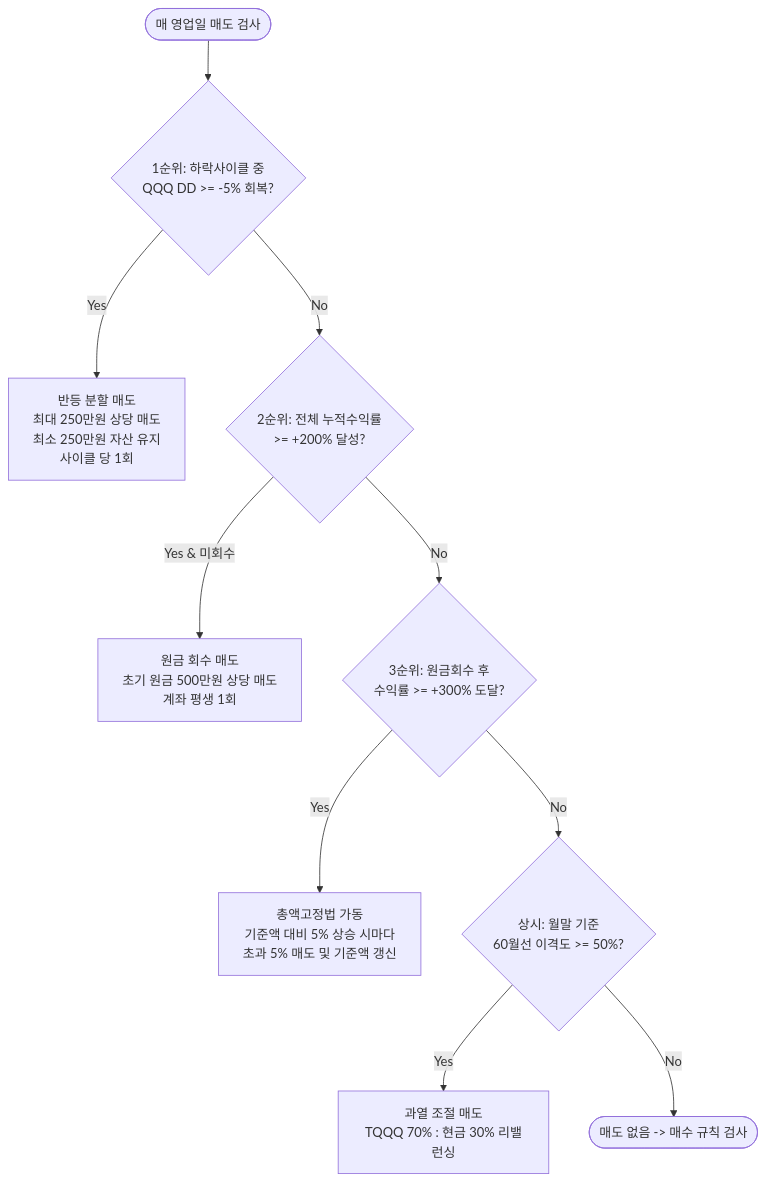
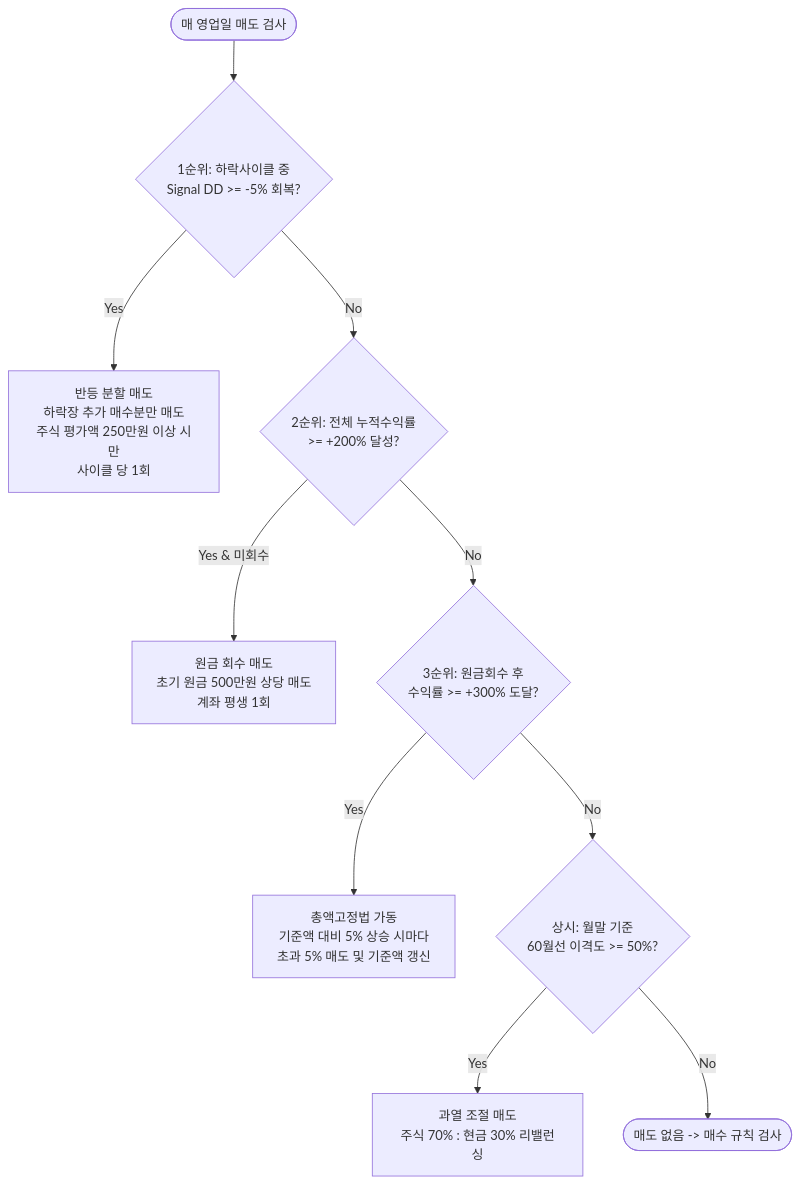
One commit to dokata823-gif/tqqq-quant-dashboard changed the second of 2 diagrams in qqq_tq_md.md. Above: the diagram before and after it, drawn with Mermaid. The commit also changed other lines of this file and 2 other files, not shown here.

Commit message:
feat: implement dual account management for TQQQ and SOXL with tab switching

````diff
--- a/qqq_tq_md.md
+++ b/qqq_tq_md.md
@@ -74,12 +76,12 @@
 ```mermaid
 flowchart TD
-    Start([매 영업일 매도 검사]) --> C1{1순위: 하락사이클 중<br/>QQQ DD >= -5% 회복?}
-    C1 -- Yes --> A1[반등 분할 매도<br/>최대 250만원 상당 매도<br/>최소 250만원 자산 유지<br/>사이클 당 1회]
+    Start([매 영업일 매도 검사]) --> C1{1순위: 하락사이클 중<br/>Signal DD >= -5% 회복?}
+    C1 -- Yes --> A1[반등 분할 매도<br/>하락장 추가 매수분만 매도<br/>주식 평가액 250만원 이상 시만<br/>사이클 당 1회]
     C1 -- No --> C2{2순위: 전체 누적수익률<br/>>= +200% 달성?}
     C2 -- Yes & 미회수 --> A2[원금 회수 매도<br/>초기 원금 500만원 상당 매도<br/>계좌 평생 1회]
     C2 -- No --> C3{3순위: 원금회수 후<br/>수익률 >= +300% 도달?}
     C3 -- Yes --> A3[총액고정법 가동<br/>기준액 대비 5% 상승 시마다<br/>초과 5% 매도 및 기준액 갱신]
     C3 -- No --> C4{상시: 월말 기준<br/>60월선 이격도 >= 50%?}
-    C4 -- Yes --> A4[과열 조절 매도<br/>TQQQ 70% : 현금 30% 리밸런싱]
+    C4 -- Yes --> A4[과열 조절 매도<br/>주식 70% : 현금 30% 리밸런싱]
     C4 -- No --> End([매도 없음 -> 매수 규칙 검사])
 ```
````
